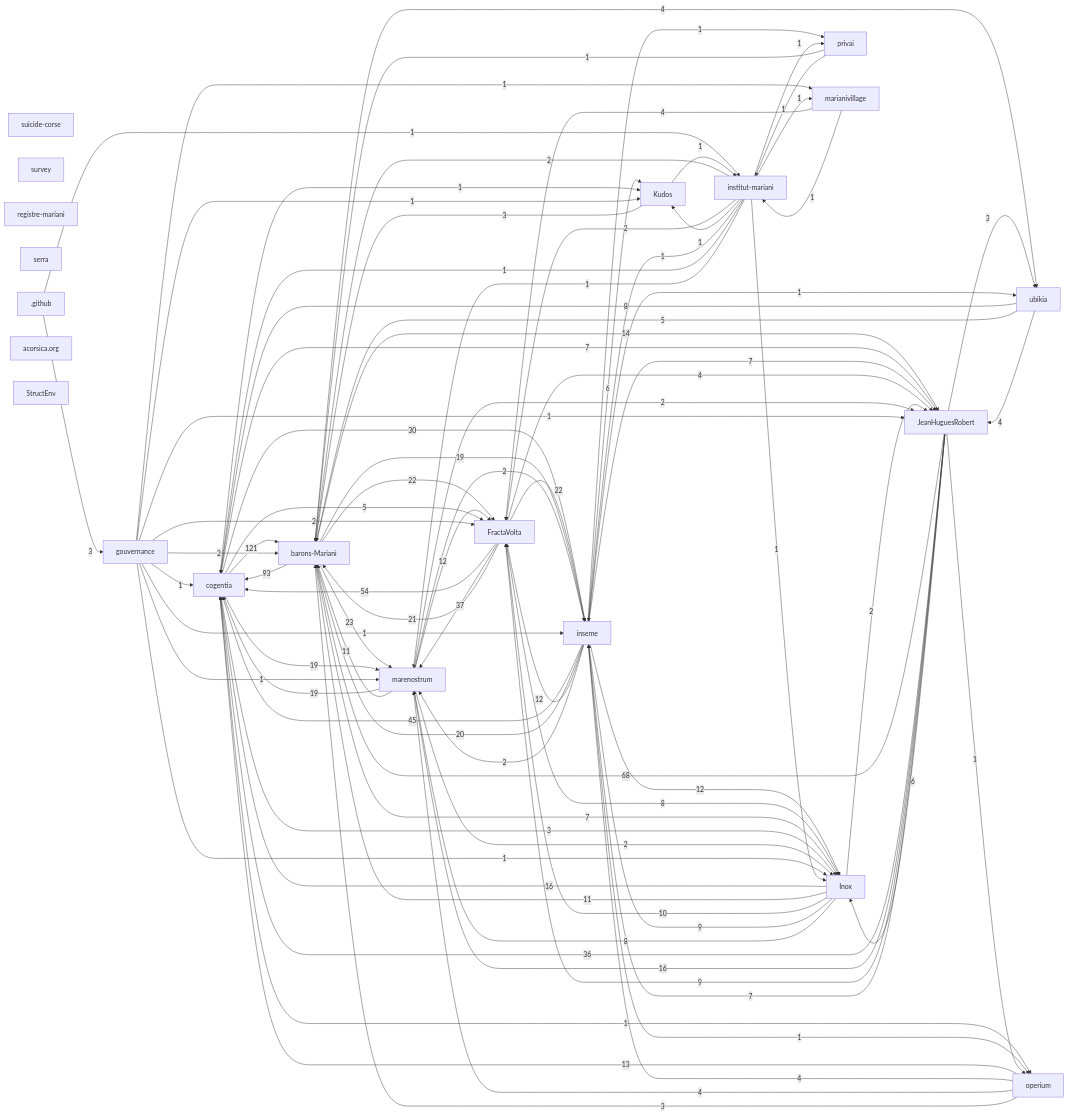
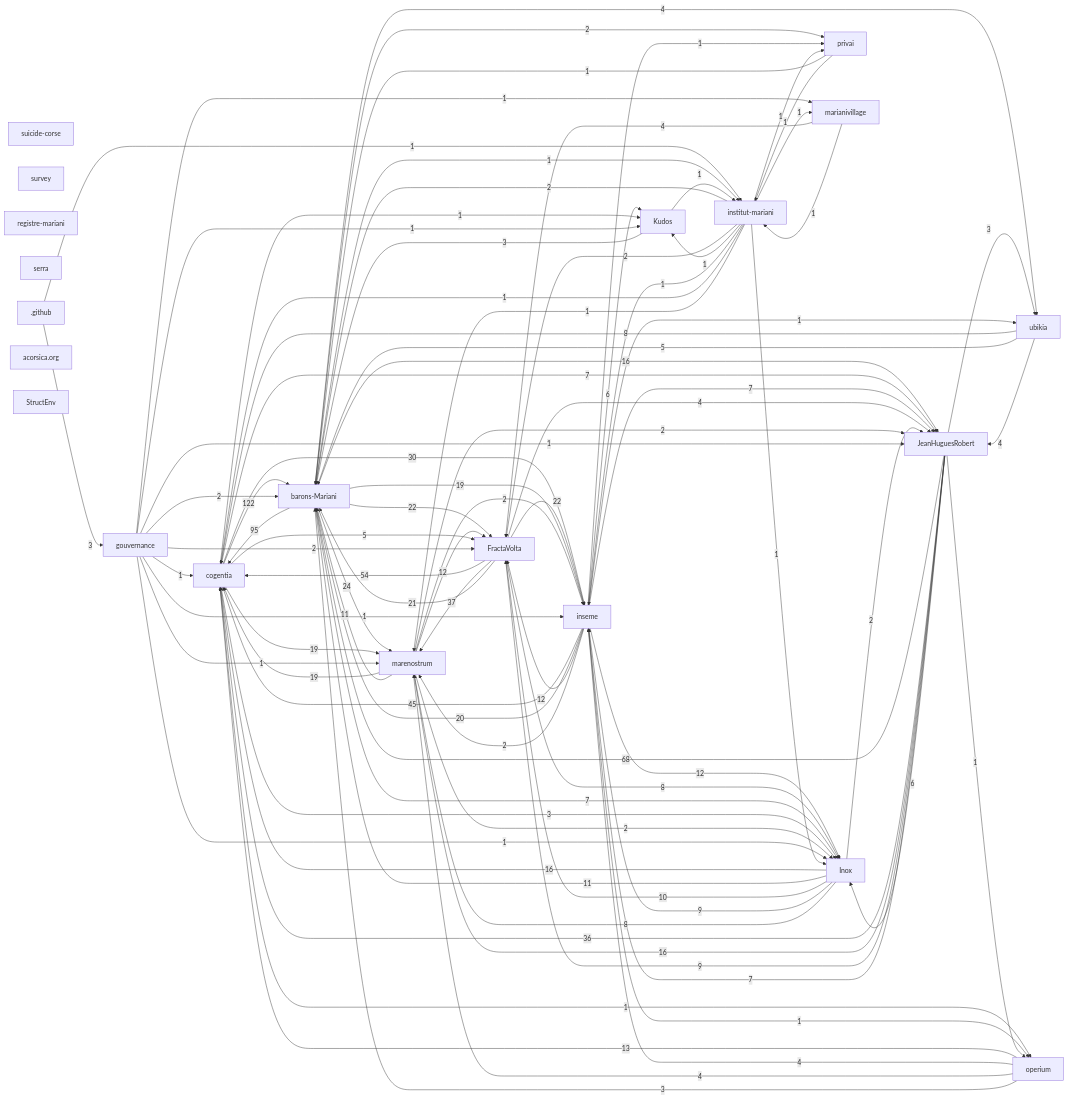
The first of 2 diagrams in research/corpus-status.md (JeanHuguesRobert/cogentia), drawn with Mermaid before and after one commit. The commit also changed 7 other files, not shown here.

```diff
--- a/research/corpus-status.md
+++ b/research/corpus-status.md
@@ -88,15 +88,15 @@
   r_github[".github"]
   r_acorsica_org["acorsica.org"]
   r_structenv["StructEnv"]
-  r_cogentia -->|121| r_barons_mariani
-  r_barons_mariani -->|93| r_cogentia
+  r_cogentia -->|122| r_barons_mariani
+  r_barons_mariani -->|95| r_cogentia
   r_jeanhuguesrobert -->|68| r_barons_mariani
   r_fractavolta -->|54| r_cogentia
   r_inseme -->|45| r_cogentia
   r_fractavolta -->|37| r_marenostrum
   r_jeanhuguesrobert -->|36| r_cogentia
   r_cogentia -->|30| r_inseme
-  r_barons_mariani -->|23| r_marenostrum
+  r_barons_mariani -->|24| r_marenostrum
   r_barons_mariani -->|22| r_fractavolta
   r_fractavolta -->|22| r_inseme
   r_fractavolta -->|21| r_barons_mariani
@@ -104,9 +104,9 @@
   r_barons_mariani -->|19| r_inseme
   r_cogentia -->|19| r_marenostrum
   r_marenostrum -->|19| r_cogentia
+  r_barons_mariani -->|16| r_jeanhuguesrobert
   r_inox -->|16| r_cogentia
   r_jeanhuguesrobert -->|16| r_marenostrum
-  r_barons_mariani -->|14| r_jeanhuguesrobert
   r_operium -->|13| r_cogentia
   r_inseme -->|12| r_fractavolta
   r_inseme -->|12| r_inox
@@ -138,6 +138,7 @@
   r_jeanhuguesrobert -->|3| r_ubikia
   r_kudos -->|3| r_barons_mariani
   r_operium -->|3| r_barons_mariani
+  r_barons_mariani -->|2| r_privai
   r_gouvernance -->|2| r_barons_mariani
   r_gouvernance -->|2| r_fractavolta
   r_inox -->|2| r_jeanhuguesrobert
@@ -148,6 +149,7 @@
   r_marenostrum -->|2| r_inseme
   r_marenostrum -->|2| r_inox
   r_github -->|1| r_institut_mariani
+  r_barons_mariani -->|1| r_institut_mariani
   r_cogentia -->|1| r_operium
   r_cogentia -->|1| r_kudos
   r_gouvernance -->|1| r_jeanhuguesrobert
```
